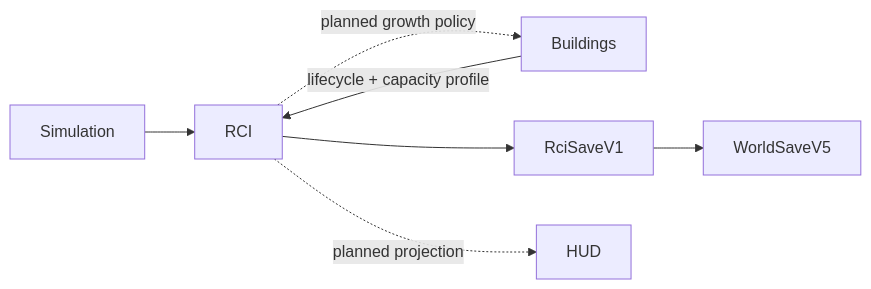
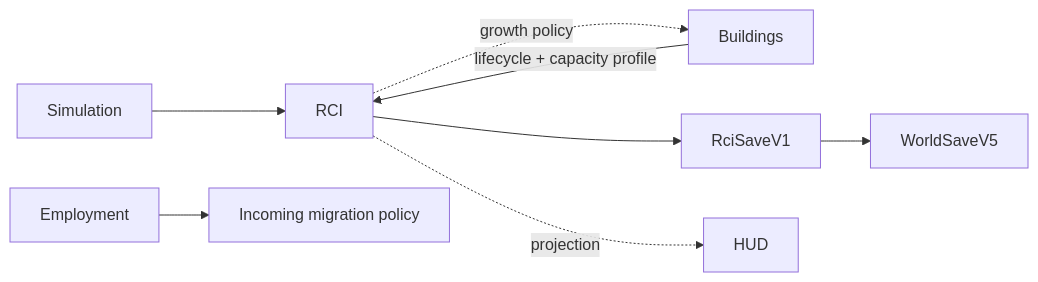
The diagram in docs/systems/rci/README.md (petechatchawan/web-three-city), drawn with Mermaid before and after one commit. The commit also changed other lines of this file, not shown here.

Commit message:
docs(rci): document Employment behavior

````diff
--- a/docs/systems/rci/README.md
+++ b/docs/systems/rci/README.md
@@ -83,9 +73,10 @@
 ```mermaid
 flowchart LR
   Simulation --> RCI
   Buildings -->|lifecycle + capacity profile| RCI
   RCI --> RciSaveV1
   RciSaveV1 --> WorldSaveV5
-  RCI -. planned growth policy .-> Buildings
-  RCI -. planned projection .-> HUD
+  Employment --> Migration[Incoming migration policy]
+  RCI -. growth policy .-> Buildings
+  RCI -. projection .-> HUD
 ```
````
